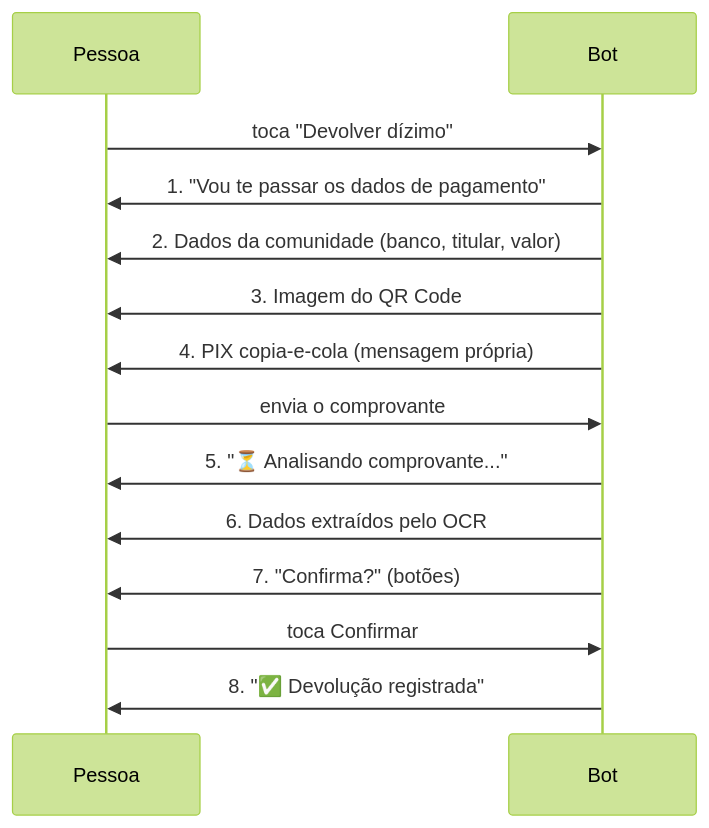
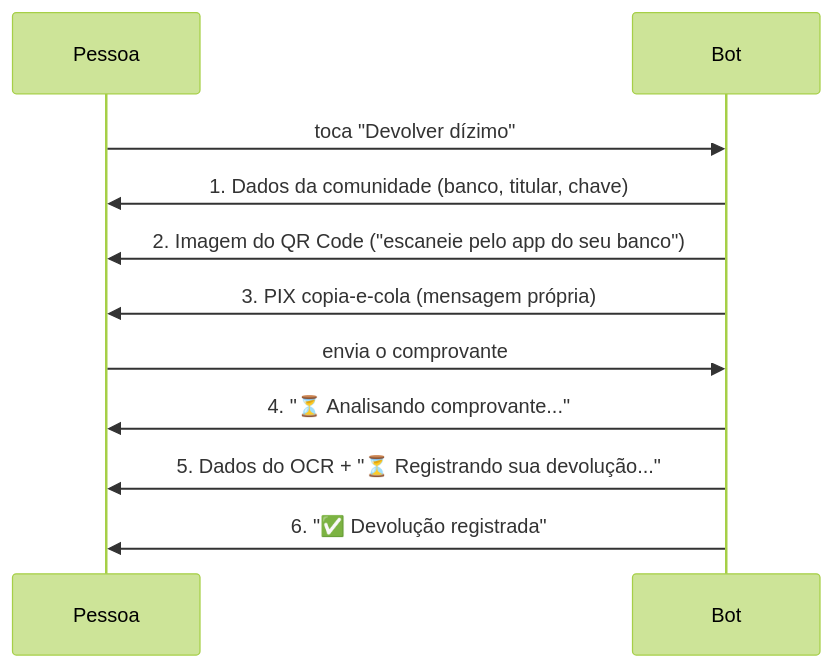
Before and after one commit to ewertonlvale/meu-dizimo-aparecida: the fourth of 5 diagrams in Documentação/FLUXOS.md, drawn with Mermaid (forest theme). The commit also changed other lines of this file and 13 other files, not shown here.

````diff
--- a/Documentação/FLUXOS.md
+++ b/Documentação/FLUXOS.md
@@ -177,16 +197,13 @@
 ```mermaid
 sequenceDiagram
     participant P as Pessoa
     participant B as Bot
     P->>B: toca "Devolver dízimo"
-    B->>P: 1. "Vou te passar os dados de pagamento"
-    B->>P: 2. Dados da comunidade (banco, titular, valor)
-    B->>P: 3. Imagem do QR Code
-    B->>P: 4. PIX copia-e-cola (mensagem própria)
+    B->>P: 1. Dados da comunidade (banco, titular, chave)
+    B->>P: 2. Imagem do QR Code ("escaneie pelo app do seu banco")
+    B->>P: 3. PIX copia-e-cola (mensagem própria)
     P->>B: envia o comprovante
-    B->>P: 5. "⏳ Analisando comprovante..."
-    B->>P: 6. Dados extraídos pelo OCR
-    B->>P: 7. "Confirma?" (botões)
-    P->>B: toca Confirmar
-    B->>P: 8. "✅ Devolução registrada"
+    B->>P: 4. "⏳ Analisando comprovante..."
+    B->>P: 5. Dados do OCR + "⏳ Registrando sua devolução..."
+    B->>P: 6. "✅ Devolução registrada"
 ```
````
